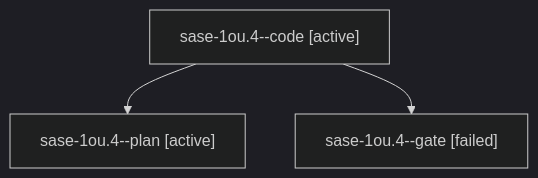
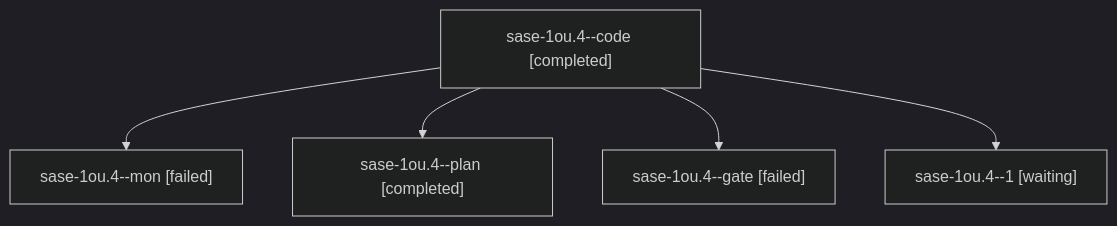
One commit to sase-org/sase--agents changed the diagram in sessions/bbugyi200.athena.sase-1ou.4.md. Above: the diagram before and after it, drawn with Mermaid (dark theme). The commit also changed other lines of this file and 227 other files, not shown here.

````diff
--- a/sessions/bbugyi200.athena.sase-1ou.4.md
+++ b/sessions/bbugyi200.athena.sase-1ou.4.md
@@ -9,8 +9,12 @@
 ```mermaid
 flowchart TD
-  n0["sase-1ou.4--code [active]"]
-  n1["sase-1ou.4--plan [active]"]
+  n0["sase-1ou.4--code [completed]"]
+  n1["sase-1ou.4--mon [failed]"]
   n0 --> n1
-  n2["sase-1ou.4--gate [failed]"]
+  n2["sase-1ou.4--plan [completed]"]
   n0 --> n2
+  n3["sase-1ou.4--gate [failed]"]
+  n0 --> n3
+  n4["sase-1ou.4--1 [waiting]"]
+  n0 --> n4
 ```
````
